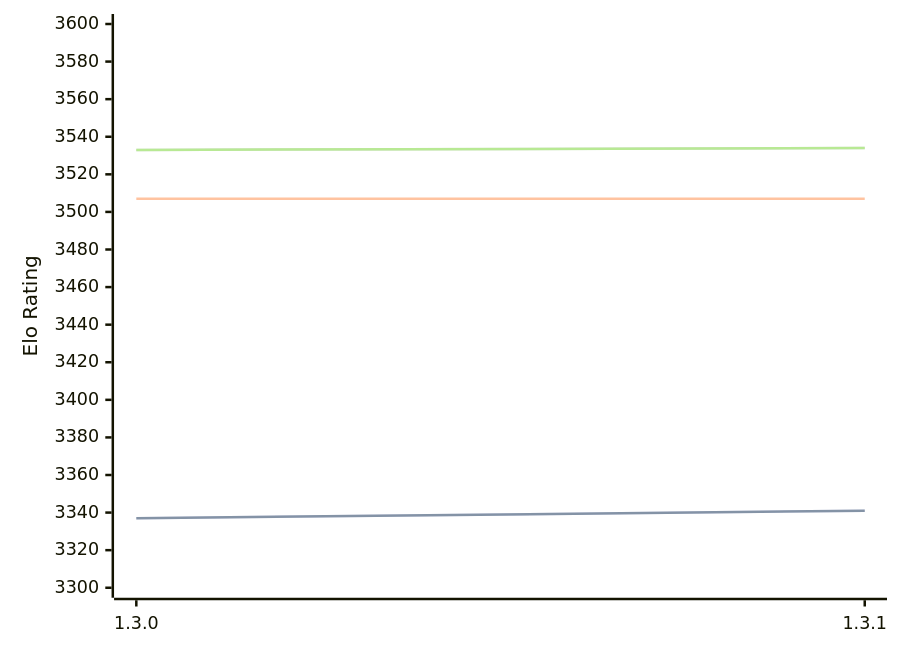
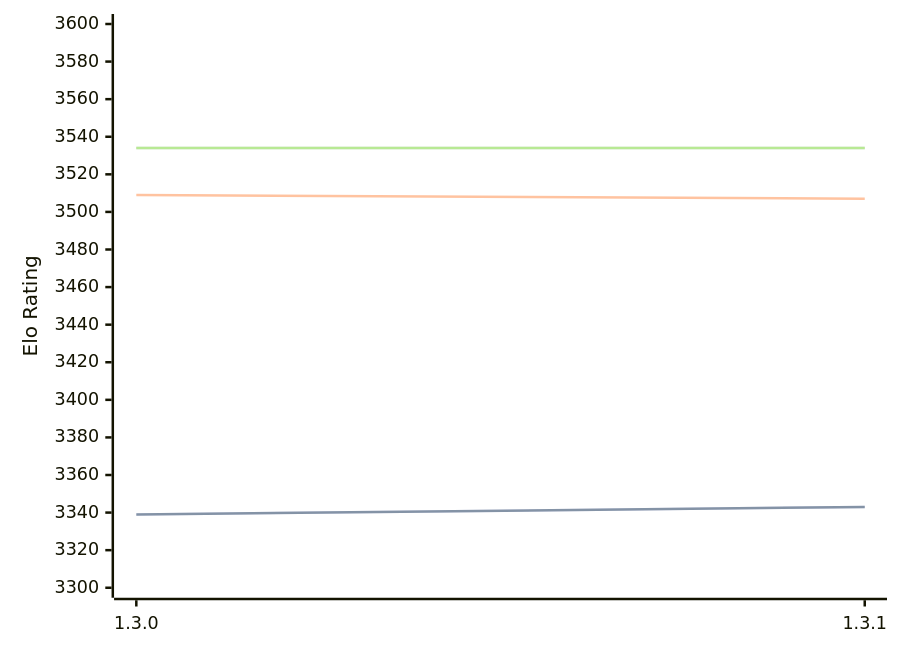
One commit to computer-chess-index/cci changed the diagram in engines/Renegade.md. Above: the diagram before and after it, drawn with Mermaid. The commit also changed other lines of this file, not shown here.

Commit message:
Update CCI Ratings (ELO VLTC) - 2026-08-21

````diff
--- a/engines/Renegade.md
+++ b/engines/Renegade.md
@@ -33,11 +33,11 @@
 ```mermaid
 %%{init: {"theme":"base","themeVariables":{"seriesColors:['#a3a3a3','#222221','#faa371']}}}%%
 xychart-beta
   x-axis ["1.3.0", "1.3.1"]
   y-axis "Elo Rating" 3300 --> 3600
-  line "STC (8.0+0.08s)" [3337, 3341]
-  line "STC (8.0+0.08s)" [3337, 3341]
-  line "LTC (60.0+0.60s)" [3507, 3507]
-  line "VLTC (2m24s+1.12s)" [3533, 3534]
-  line "VLTC (2m24s+1.12s)" [3533, 3534]
+  line "STC (8.0+0.08s)" [3339, 3343]
+  line "STC (8.0+0.08s)" [3339, 3343]
+  line "LTC (60.0+0.60s)" [3509, 3507]
+  line "VLTC (2m24s+1.12s)" [3534, 3534]
+  line "VLTC (2m24s+1.12s)" [3534, 3534]
 ```
````
